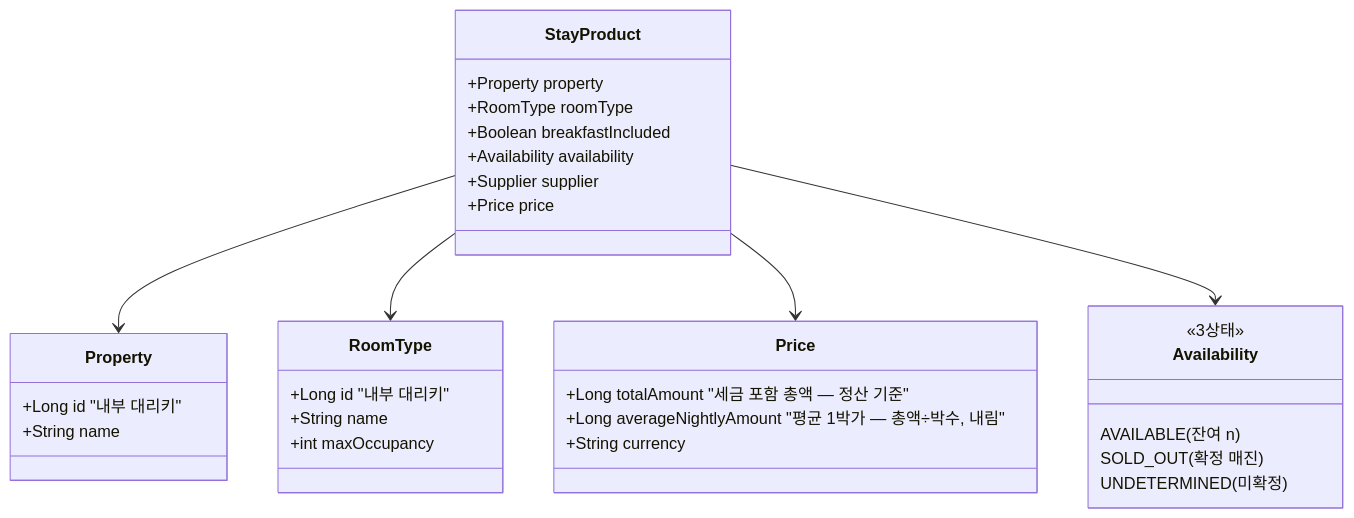
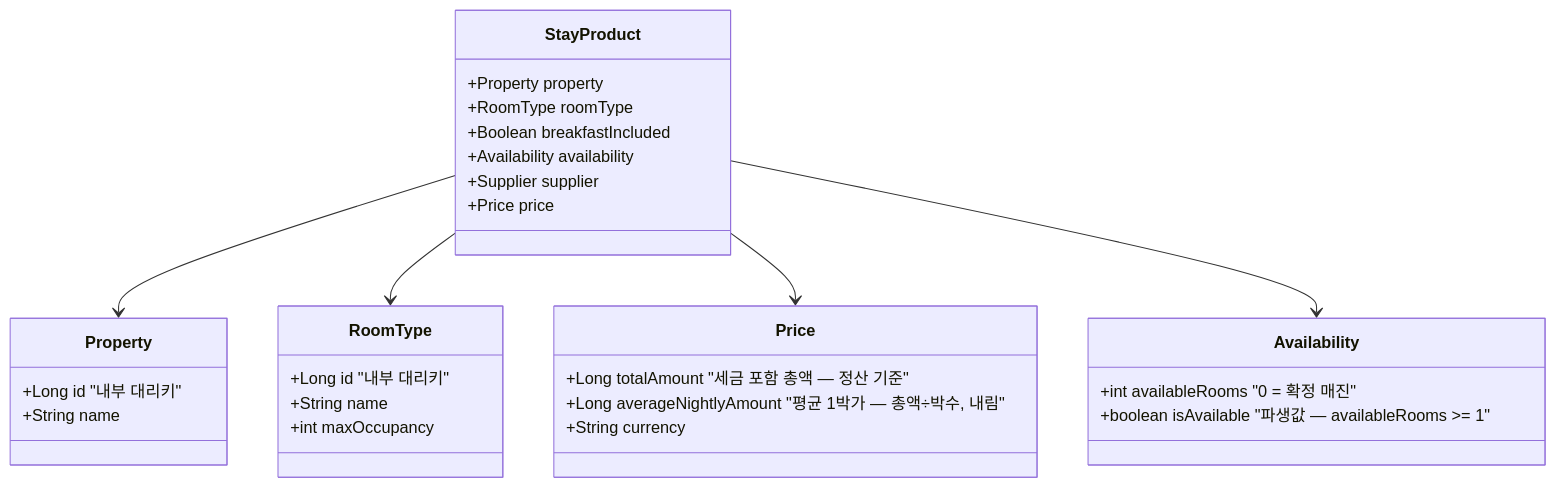
One commit to thomas783/supplier-sync changed the diagram in docs/DOMAIN_MODEL.md. Above: the diagram before and after it, drawn with Mermaid. The commit also changed other lines of this file and 14 other files, not shown here.

````diff
--- a/docs/DOMAIN_MODEL.md
+++ b/docs/DOMAIN_MODEL.md
@@ -27,35 +27,33 @@
 ```mermaid
 classDiagram
     class StayProduct {
         +Property property
         +RoomType roomType
         +Boolean breakfastIncluded
         +Availability availability
         +Supplier supplier
         +Price price
     }
     class Property {
         +Long id   "내부 대리키"
         +String name
     }
     class RoomType {
         +Long id   "내부 대리키"
         +String name
         +int maxOccupancy
     }
     class Price {
         +Long totalAmount        "세금 포함 총액 — 정산 기준"
         +Long averageNightlyAmount "평균 1박가 — 총액÷박수, 내림"
         +String currency
     }
     class Availability {
-        <<3상태>>
-        AVAILABLE (잔여 n)
-        SOLD_OUT (확정 매진)
-        UNDETERMINED (미확정)
+        +int availableRooms "0 = 확정 매진"
+        +boolean isAvailable "파생값 — availableRooms >= 1"
     }
     StayProduct --> Property
     StayProduct --> RoomType
     StayProduct --> Price
     StayProduct --> Availability
 ```
````
